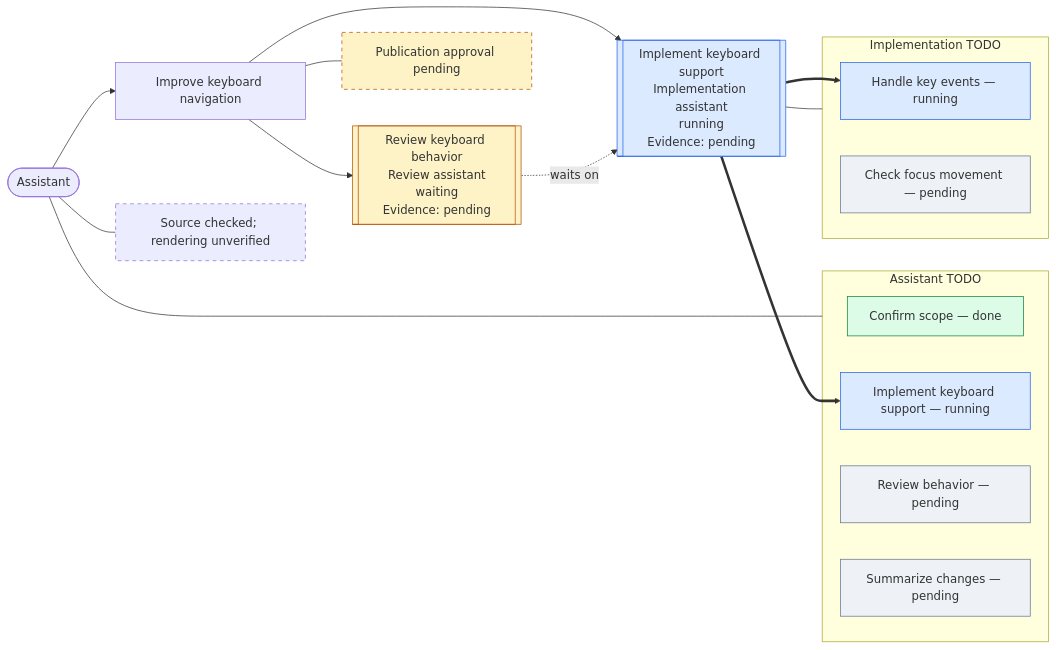
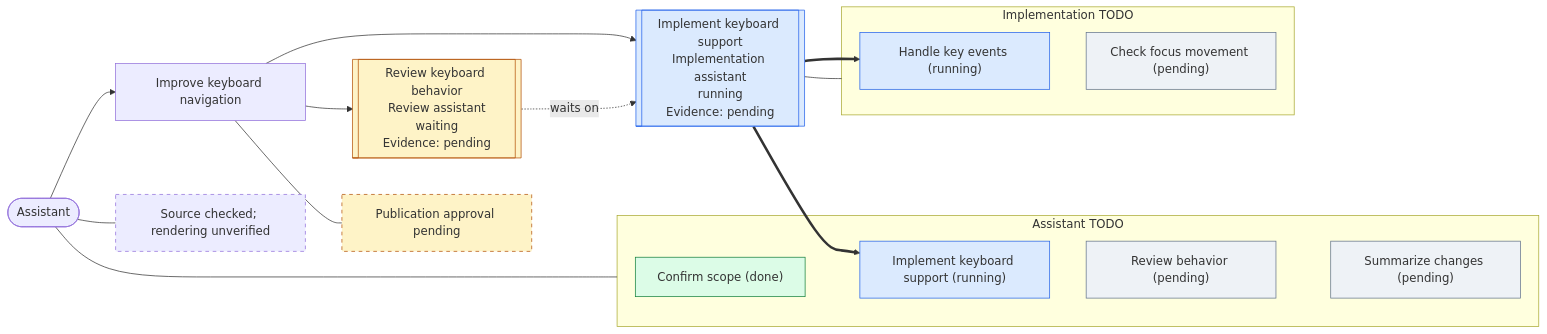
The diagram in skills/state-diagram/examples/state.md (bjorn/agent-state-diagram), drawn with Mermaid before and after one commit. The commit also changed 5 other files, not shown here.

````diff
--- a/skills/state-diagram/examples/state.md
+++ b/skills/state-diagram/examples/state.md
@@ -3,41 +3,43 @@
 ```mermaid
 flowchart LR
   coord(["Assistant"])
   task["Improve keyboard navigation"]
   coord --> task
 
   subgraph todo_main ["Assistant TODO"]
-    t_scope["Confirm scope — done"]:::done
-    t_build["Implement keyboard support — running"]:::running
-    t_review["Review behavior — pending"]:::pending
-    t_report["Summarize changes — pending"]:::pending
+    t_scope["Confirm scope (done)"]:::done
+    t_build["Implement keyboard support (running)"]:::running
+    t_review["Review behavior (pending)"]:::pending
+    t_report["Summarize changes (pending)"]:::pending
+    t_scope ~~~ t_build ~~~ t_review ~~~ t_report
   end
   coord --- todo_main
 
   implement[["Implement keyboard support<br>Implementation assistant<br>running<br>Evidence: pending"]]:::running
   review[["Review keyboard behavior<br>Review assistant<br>waiting<br>Evidence: pending"]]:::waiting
   task --> implement
   task --> review
   implement ==> t_build
   review -. waits on .-> implement
 
   subgraph todo_implement ["Implementation TODO"]
-    i_events["Handle key events — running"]:::running
-    i_tests["Check focus movement — pending"]:::pending
+    i_events["Handle key events (running)"]:::running
+    i_tests["Check focus movement (pending)"]:::pending
+    i_events ~~~ i_tests
   end
   implement --- todo_implement
   implement ==> i_events
 
   approval["Publication approval pending"]:::waiting
   class approval note
   task --- approval
   view["Source checked; rendering unverified"]:::note
   coord --- view
 
   classDef pending fill:#eef2f6,stroke:#64748b
   classDef running fill:#dbeafe,stroke:#2563eb
   classDef waiting fill:#fef3c7,stroke:#b45309
   classDef blocked fill:#fee2e2,stroke:#b91c1c
   classDef done fill:#dcfce7,stroke:#15803d
   classDef note stroke-dasharray:5 5
 ```
````
